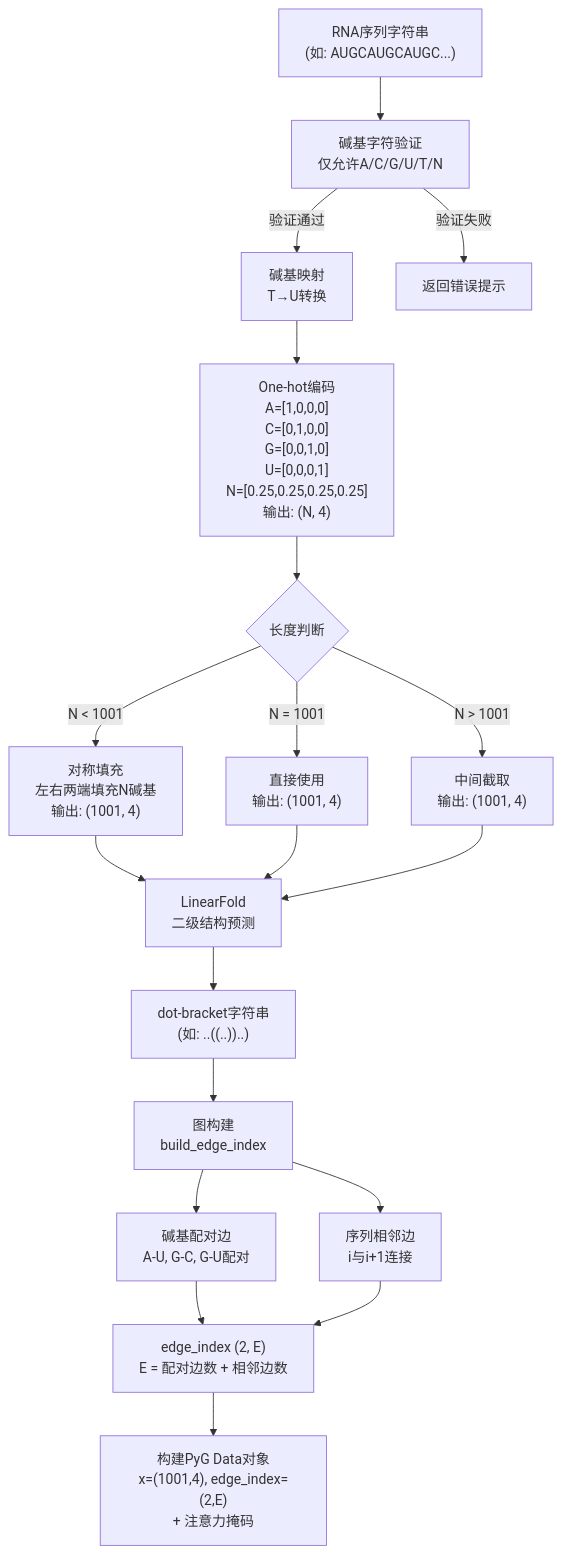
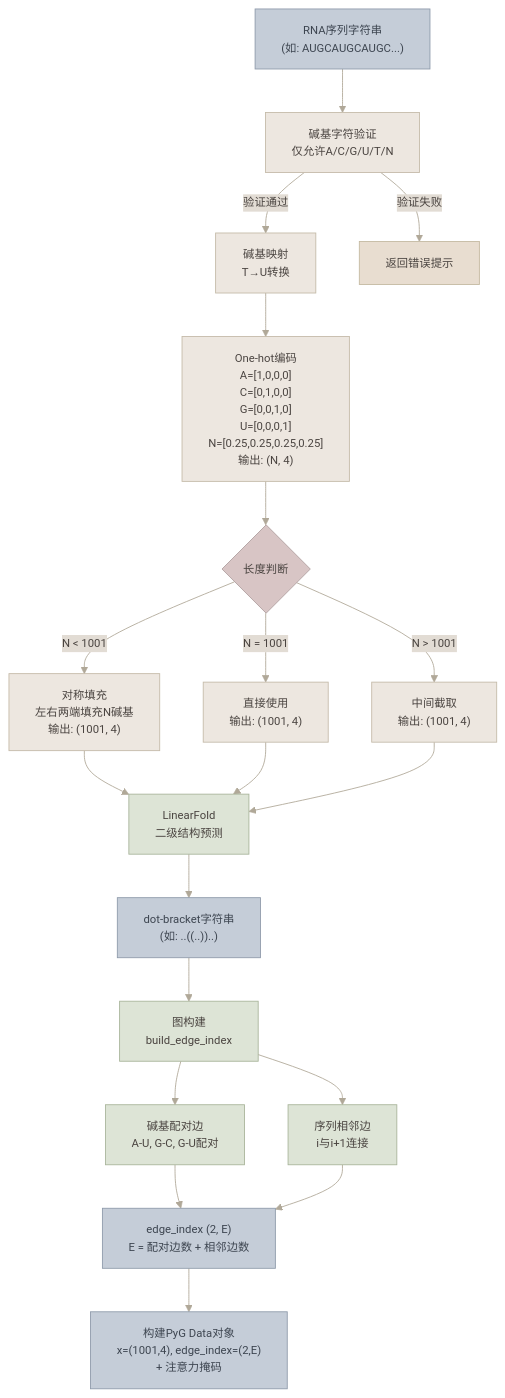
Before and after one commit to fdiskdc/RGCNFormer_WebAndWx_backend: diagram 11 of 19 in md/RMA序列修饰检测可视化系统架构说明文档.md, drawn with Mermaid. The commit also changed other lines of this file, not shown here.

````diff
--- a/md/RMA序列修饰检测可视化系统架构说明文档.md
+++ b/md/RMA序列修饰检测可视化系统架构说明文档.md
@@ -1074,26 +971,33 @@
 ```mermaid
+%%{init: {'theme': 'base', 'themeVariables': {'primaryColor': '#EDE7E0', 'primaryTextColor': '#4A4440', 'primaryBorderColor': '#C4BAA8', 'lineColor': '#B0A898', 'secondaryColor': '#E2DCD4', 'background': '#F8F5F0', 'fontSize': '13px'}}}%%
 graph TD
-    A["RNA序列字符串<br/>(如: AUGCAUGCAUGC...)"] --> B["碱基字符验证<br/>仅允许A/C/G/U/T/N"]
-    B -->|验证通过| C["碱基映射<br/>T→U转换"]
-    B -->|验证失败| Error["返回错误提示"]
-    C --> D["One-hot编码<br/>A=[1,0,0,0]<br/>C=[0,1,0,0]<br/>G=[0,0,1,0]<br/>U=[0,0,0,1]<br/>N=[0.25,0.25,0.25,0.25]<br/>输出: (N, 4)"]
+    classDef io fill:#C5CDD8,stroke:#8E9AAA,stroke-width:1px,color:#3D4550
+    classDef process fill:#EDE7E0,stroke:#C4BAA8,stroke-width:1px,color:#4A4440
+    classDef decision fill:#D8C5C5,stroke:#B0A0A0,stroke-width:1px,color:#4A4440
+    classDef build fill:#DDE4D6,stroke:#A8B49A,stroke-width:1px,color:#4A4440
+    classDef error fill:#E8DDD0,stroke:#C4B8A0,stroke-width:1px,color:#4A4440
 
-    D --> E{"长度判断"}
-    E -->|N < 1001| F["对称填充<br/>左右两端填充N碱基<br/>输出: (1001, 4)"]
-    E -->|N = 1001| G["直接使用<br/>输出: (1001, 4)"]
-    E -->|N > 1001| H["中间截取<br/>输出: (1001, 4)"]
+    A["RNA序列字符串<br/>(如: AUGCAUGCAUGC...)"]:::io --> B["碱基字符验证<br/>仅允许A/C/G/U/T/N"]:::process
+    B -->|验证通过| C["碱基映射<br/>T→U转换"]:::process
+    B -->|验证失败| Error["返回错误提示"]:::error
+    C --> D["One-hot编码<br/>A=[1,0,0,0]<br/>C=[0,1,0,0]<br/>G=[0,0,1,0]<br/>U=[0,0,0,1]<br/>N=[0.25,0.25,0.25,0.25]<br/>输出: (N, 4)"]:::process
 
-    F --> I["LinearFold<br/>二级结构预测"]
+    D --> E{"长度判断"}:::decision
+    E -->|N < 1001| F["对称填充<br/>左右两端填充N碱基<br/>输出: (1001, 4)"]:::process
+    E -->|N = 1001| G["直接使用<br/>输出: (1001, 4)"]:::process
+    E -->|N > 1001| H["中间截取<br/>输出: (1001, 4)"]:::process
+
+    F --> I["LinearFold<br/>二级结构预测"]:::build
     G --> I
     H --> I
 
-    I --> J["dot-bracket字符串<br/>(如: ..((..))..)"]
-    J --> K["图构建<br/>build_edge_index"]
+    I --> J["dot-bracket字符串<br/>(如: ..((..))..)"]:::io
+    J --> K["图构建<br/>build_edge_index"]:::build
 
-    K --> L["碱基配对边<br/>A-U, G-C, G-U配对"]
-    K --> M["序列相邻边<br/>i与i+1连接"]
-    L --> N["edge_index (2, E)<br/>E = 配对边数 + 相邻边数"]
+    K --> L["碱基配对边<br/>A-U, G-C, G-U配对"]:::build
+    K --> M["序列相邻边<br/>i与i+1连接"]:::build
+    L --> N["edge_index (2, E)<br/>E = 配对边数 + 相邻边数"]:::io
     M --> N
 
-    N --> O["构建PyG Data对象<br/>x=(1001,4), edge_index=(2,E)<br/>+ 注意力掩码"]
+    N --> O["构建PyG Data对象<br/>x=(1001,4), edge_index=(2,E)<br/>+ 注意力掩码"]:::io
 ```
````
